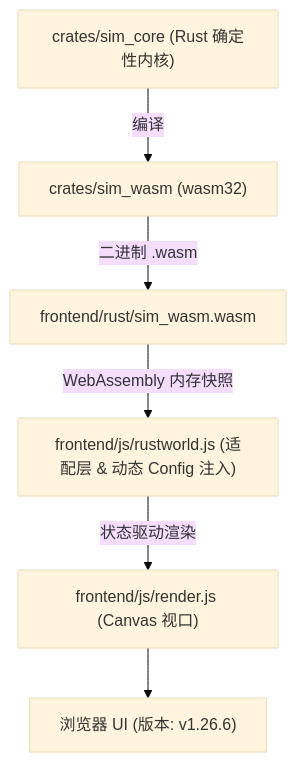
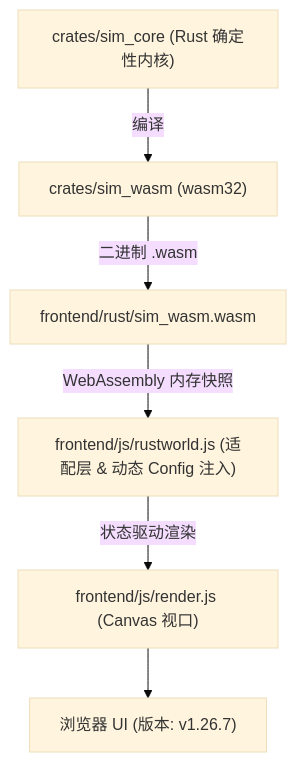
Before and after one commit to g39088902/FlowAndAccord: the diagram in AGENTS.md, drawn with Mermaid (base theme). The commit also changed other lines of this file and 7 other files, not shown here.

````diff
--- a/AGENTS.md
+++ b/AGENTS.md
@@ -51,8 +51,8 @@
 ```mermaid
 graph TD
     A["crates/sim_core (Rust 确定性内核)"] -->|编译| B["crates/sim_wasm (wasm32)"]
     B -->|二进制 .wasm| C["frontend/rust/sim_wasm.wasm"]
     C -->|WebAssembly 内存快照| D["frontend/js/rustworld.js (适配层 & 动态 Config 注入)"]
     D -->|状态驱动渲染| E["frontend/js/render.js (Canvas 视口)"]
-    E --> F["浏览器 UI (版本: v1.26.6)"]
+    E --> F["浏览器 UI (版本: v1.26.7)"]
 ```
````
